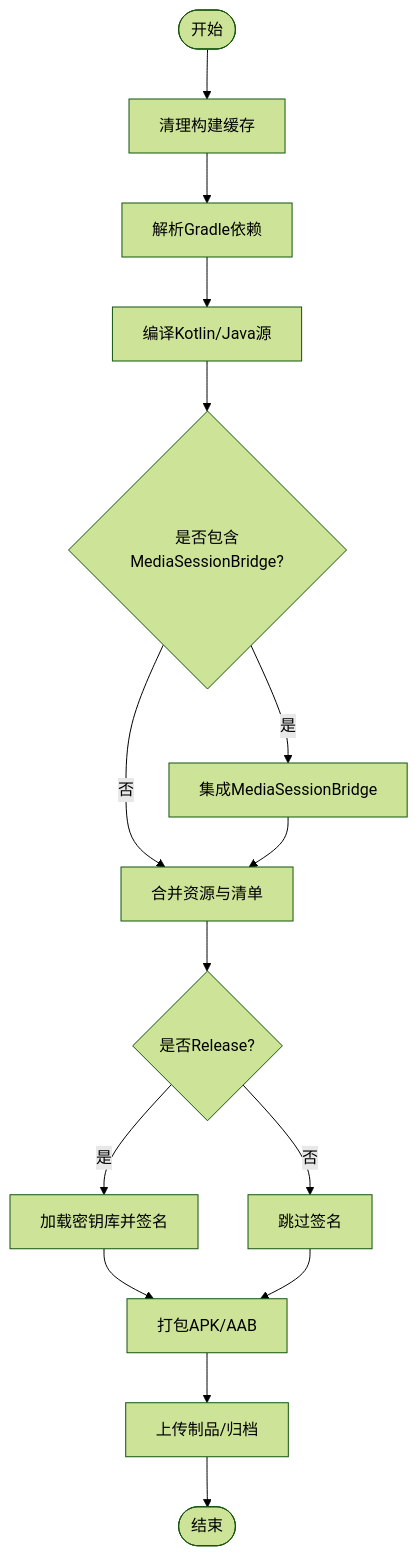
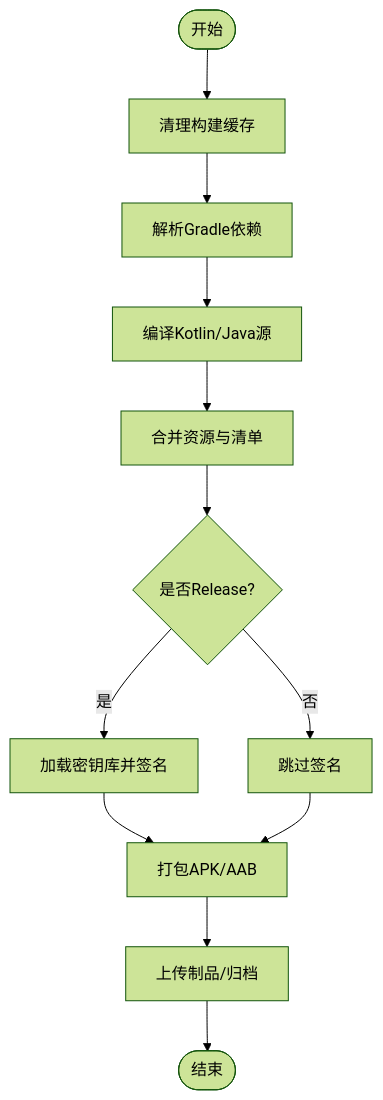
Before and after one commit to ZhangGHGitHub/LegadoTeamFlutter: the third of 9 diagrams in .qoder/repowiki/zh/content/构建和部署/构建和部署.md, drawn with Mermaid (forest theme). The commit also changed other lines of this file and 68 other files, not shown here.

````diff
--- a/.qoder/repowiki/zh/content/构建和部署/构建和部署.md
+++ b/.qoder/repowiki/zh/content/构建和部署/构建和部署.md
@@ -178,17 +199,14 @@
 ```mermaid
 flowchart TD
 Start(["开始"]) --> Clean["清理构建缓存"]
 Clean --> Deps["解析Gradle依赖"]
 Deps --> Compile["编译Kotlin/Java源"]
-Compile --> MSBCheck{"是否包含MediaSessionBridge?"}
-MSBCheck --> |是| IntegrateMSB["集成MediaSessionBridge"]
-MSBCheck --> |否| Resources["合并资源与清单"]
-IntegrateMSB --> Resources
+Compile --> Resources["合并资源与清单"]
 Resources --> Sign{"是否Release?"}
 Sign --> |是| Keystore["加载密钥库并签名"]
 Sign --> |否| SkipSign["跳过签名"]
 Keystore --> Package["打包APK/AAB"]
 SkipSign --> Package
 Package --> Upload["上传制品/归档"]
 Upload --> End(["结束"])
 ```
````
